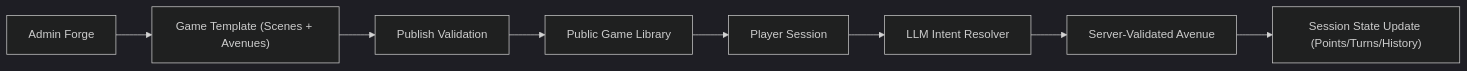
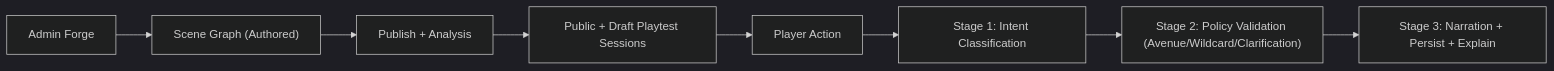
The first of 3 diagrams in README.md (aamir-nus/lumina-quest), drawn with Mermaid (dark theme) before and after one commit. The commit also changed other lines of this file and 4 other files, not shown here.

````diff
--- a/README.md
+++ b/README.md
@@ -7,10 +7,10 @@
 ```mermaid
 flowchart LR
-  A["Admin Forge"] --> B["Game Template (Scenes + Avenues)"]
-  B --> C["Publish Validation"]
-  C --> D["Public Game Library"]
-  D --> E["Player Session"]
-  E --> F["LLM Intent Resolver"]
-  F --> G["Server-Validated Avenue"]
-  G --> H["Session State Update (Points/Turns/History)"]
+  A["Admin Forge"] --> B["Scene Graph (Authored)"]
+  B --> C["Publish + Analysis"]
+  C --> D["Public + Draft Playtest Sessions"]
+  D --> E["Player Action"]
+  E --> F["Stage 1: Intent Classification"]
+  F --> G["Stage 2: Policy Validation (Avenue/Wildcard/Clarification)"]
+  G --> H["Stage 3: Narration + Persist + Explain"]
 ```
````
